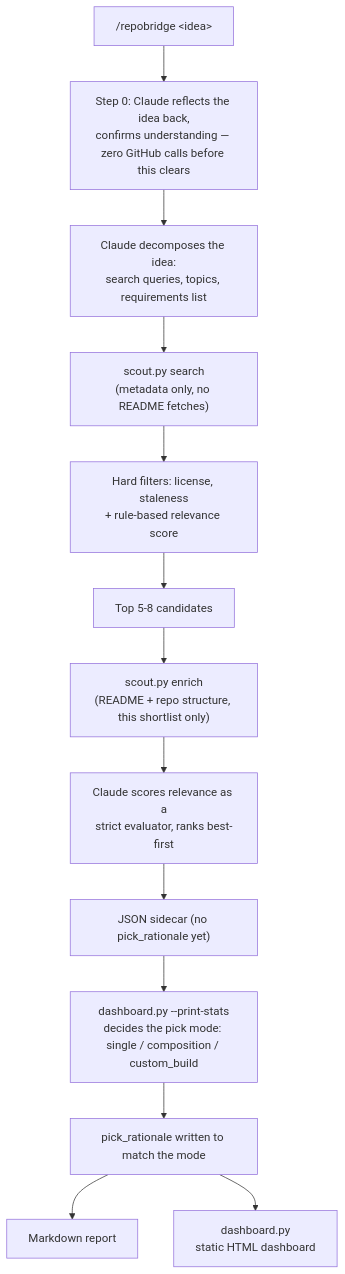
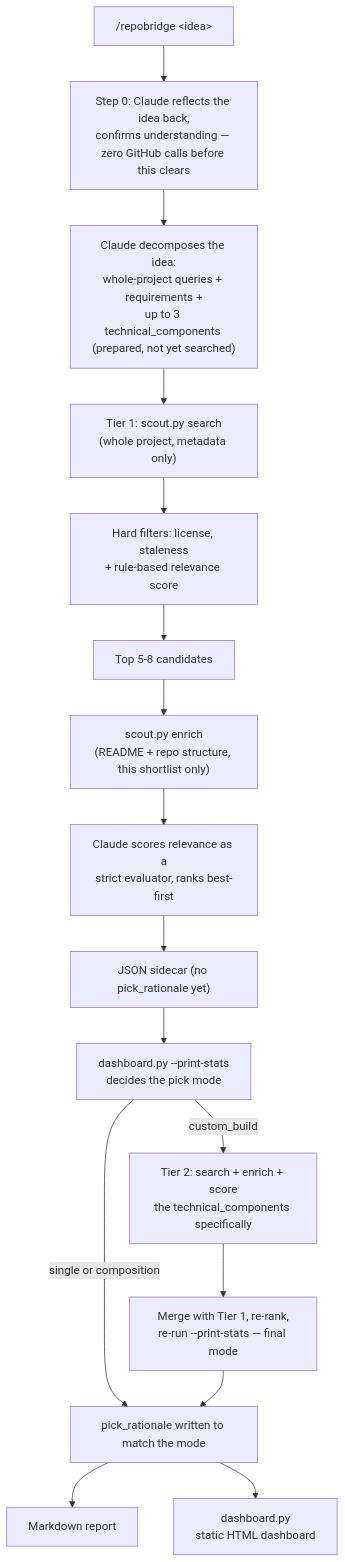
One commit to praneethk002/repobridge changed the diagram in README.md. Above: the diagram before and after it, drawn with Mermaid. The commit also changed other lines of this file and 5 other files, not shown here.

````diff
--- a/README.md
+++ b/README.md
@@ -13,15 +13,18 @@
 ```mermaid
 flowchart TD
     Z["/repobridge &lt;idea&gt;"] --> Z2["Step 0: Claude reflects the idea back,\nconfirms understanding — zero GitHub calls before this clears"]
-    Z2 --> A["Claude decomposes the idea:<br/>search queries, topics, requirements list"]
-    A --> C["scout.py search<br/>(metadata only, no README fetches)"]
+    Z2 --> A["Claude decomposes the idea:<br/>whole-project queries + requirements +<br/>up to 3 technical_components (prepared, not yet searched)"]
+    A --> C["Tier 1: scout.py search<br/>(whole project, metadata only)"]
     C --> D["Hard filters: license, staleness<br/>+ rule-based relevance score"]
     D --> E["Top 5-8 candidates"]
     E --> F["scout.py enrich<br/>(README + repo structure, this shortlist only)"]
     F --> G["Claude scores relevance as a<br/>strict evaluator, ranks best-first"]
     G --> H["JSON sidecar (no pick_rationale yet)"]
-    H --> M["dashboard.py --print-stats<br/>decides the pick mode: single / composition / custom_build"]
-    M --> H2["pick_rationale written to match the mode"]
+    H --> M["dashboard.py --print-stats<br/>decides the pick mode"]
+    M -->|single or composition| H2["pick_rationale written to match the mode"]
+    M -->|custom_build| T2["Tier 2: search + enrich + score<br/>the technical_components specifically"]
+    T2 --> T3["Merge with Tier 1, re-rank,<br/>re-run --print-stats — final mode"]
+    T3 --> H2
     H2 --> I["Markdown report"]
     H2 --> K["dashboard.py<br/>static HTML dashboard"]
 ```
````
